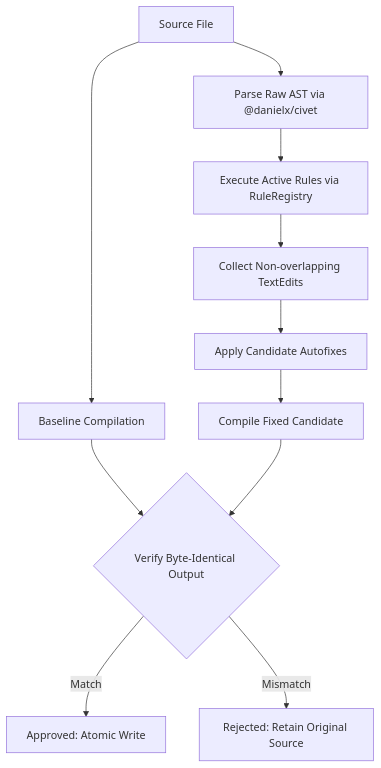
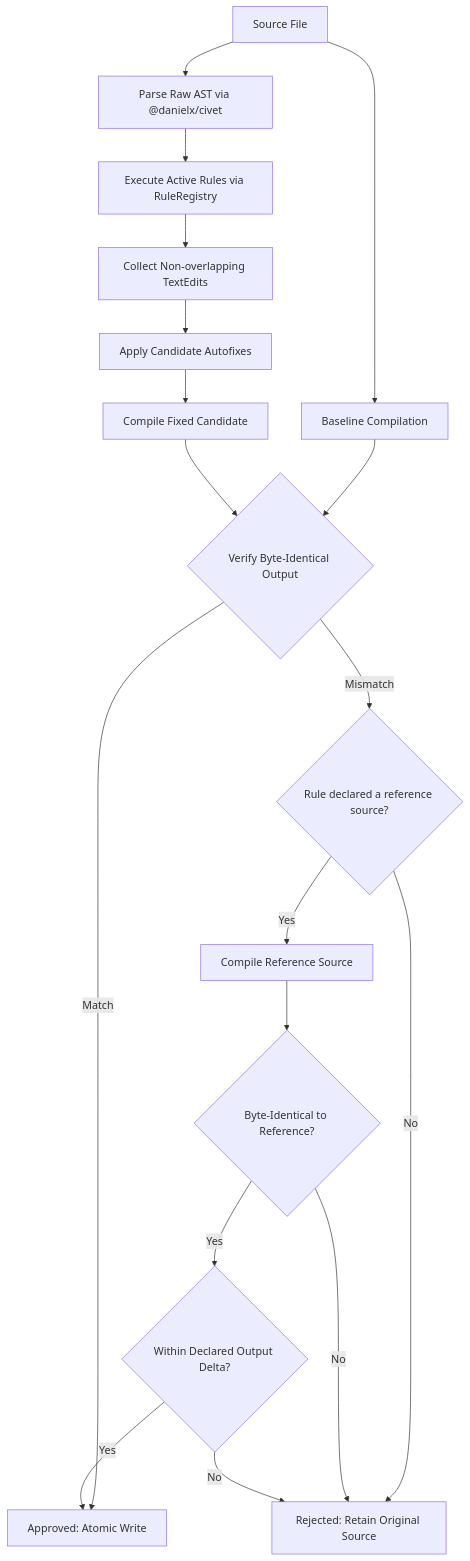
One commit to shogi-dojo/civet-clint changed the diagram in README.md. Above: the diagram before and after it, drawn with Mermaid. The commit also changed other lines of this file and 9 other files, not shown here.

````diff
--- a/README.md
+++ b/README.md
@@ -265,13 +314,20 @@
 ```mermaid
 flowchart TD
     A[Source File] --> B[Parse Raw AST via @danielx/civet]
     A --> C[Baseline Compilation]
     B --> D[Execute Active Rules via RuleRegistry]
     D --> E[Collect Non-overlapping TextEdits]
     E --> F[Apply Candidate Autofixes]
     F --> G[Compile Fixed Candidate]
     C --> H{Verify Byte-Identical Output}
     G --> H
     H -- Match --> I[Approved: Atomic Write]
-    H -- Mismatch --> J[Rejected: Retain Original Source]
+    H -- Mismatch --> K{Rule declared a reference source?}
+    K -- No --> J[Rejected: Retain Original Source]
+    K -- Yes --> L[Compile Reference Source]
+    L --> M{Byte-Identical to Reference?}
+    M -- No --> J
+    M -- Yes --> N{Within Declared Output Delta?}
+    N -- No --> J
+    N -- Yes --> I
 ```
````
